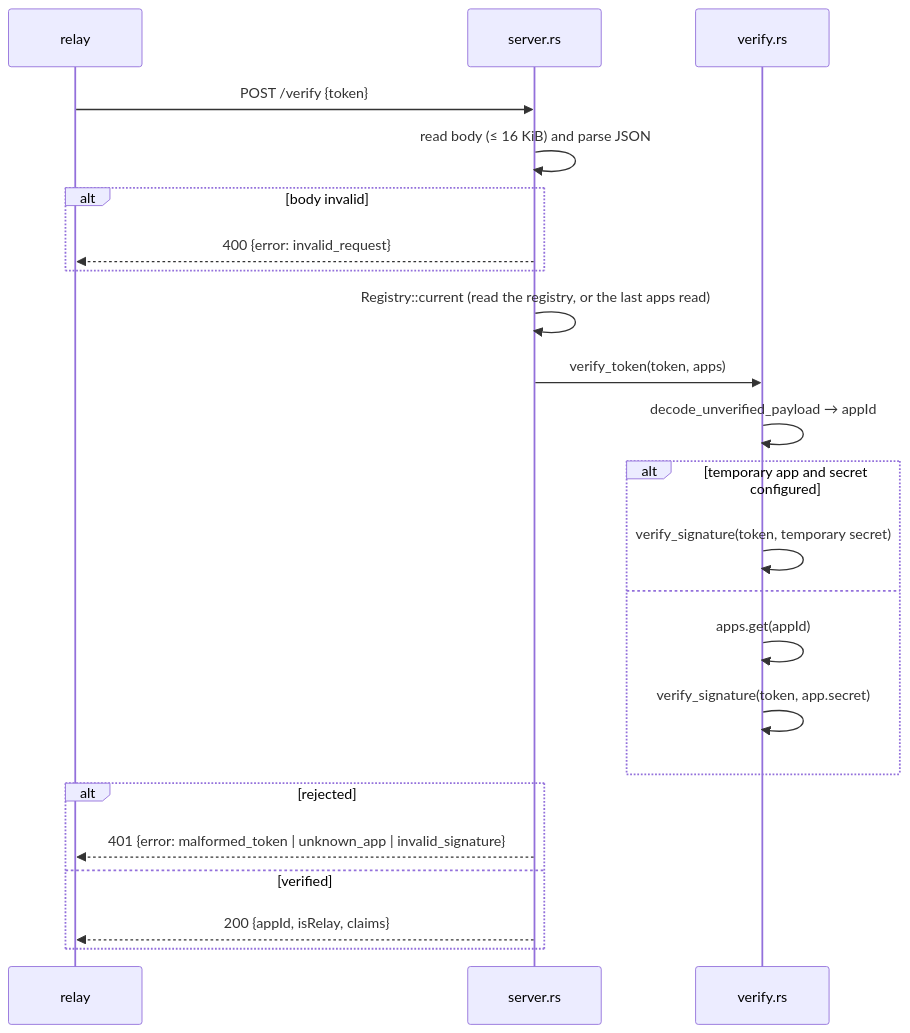
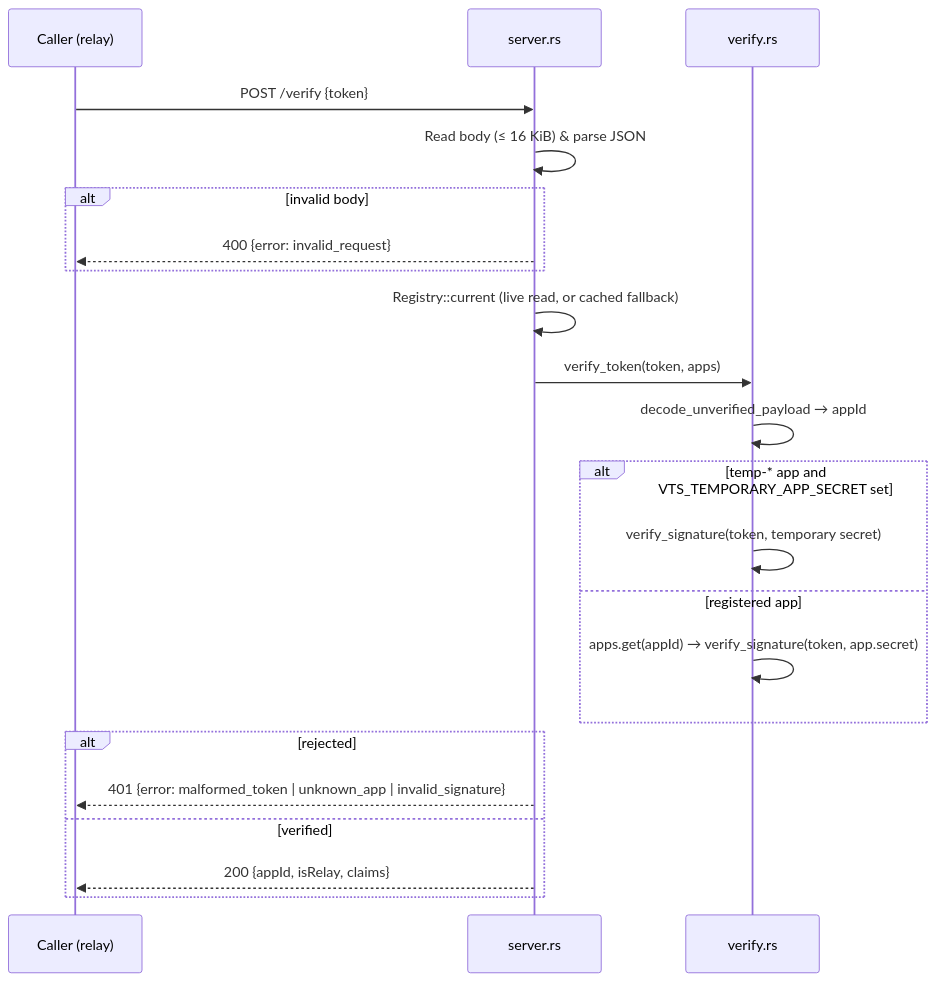
Before and after one commit to nttcom/moq-wasm: the diagram in docs/architecture/vts/architecture.md, drawn with Mermaid. The commit also changed other lines of this file and 99 other files, not shown here.

Commit message:
docs(architecture): simplify architecture docs for readability (#2021)

````diff
--- a/docs/architecture/vts/architecture.md
+++ b/docs/architecture/vts/architecture.md
@@ -37,25 +24,24 @@
 ```mermaid
 sequenceDiagram
-    participant R as relay
+    participant R as Caller (relay)
     participant S as server.rs
     participant V as verify.rs
     R->>S: POST /verify {token}
-    S->>S: read body (≤ 16 KiB) and parse JSON
-    alt body invalid
+    S->>S: Read body (≤ 16 KiB) & parse JSON
+    alt invalid body
         S-->>R: 400 {error: invalid_request}
     end
-    S->>S: Registry::current (read the registry, or the last apps read)
+    S->>S: Registry::current (live read, or cached fallback)
     S->>V: verify_token(token, apps)
     V->>V: decode_unverified_payload → appId
-    alt temporary app and secret configured
+    alt temp-* app and VTS_TEMPORARY_APP_SECRET set
         V->>V: verify_signature(token, temporary secret)
-    else
-        V->>V: apps.get(appId)
-        V->>V: verify_signature(token, app.secret)
+    else registered app
+        V->>V: apps.get(appId) → verify_signature(token, app.secret)
     end
     alt rejected
         S-->>R: 401 {error: malformed_token | unknown_app | invalid_signature}
     else verified
         S-->>R: 200 {appId, isRelay, claims}
     end
 ```
````
